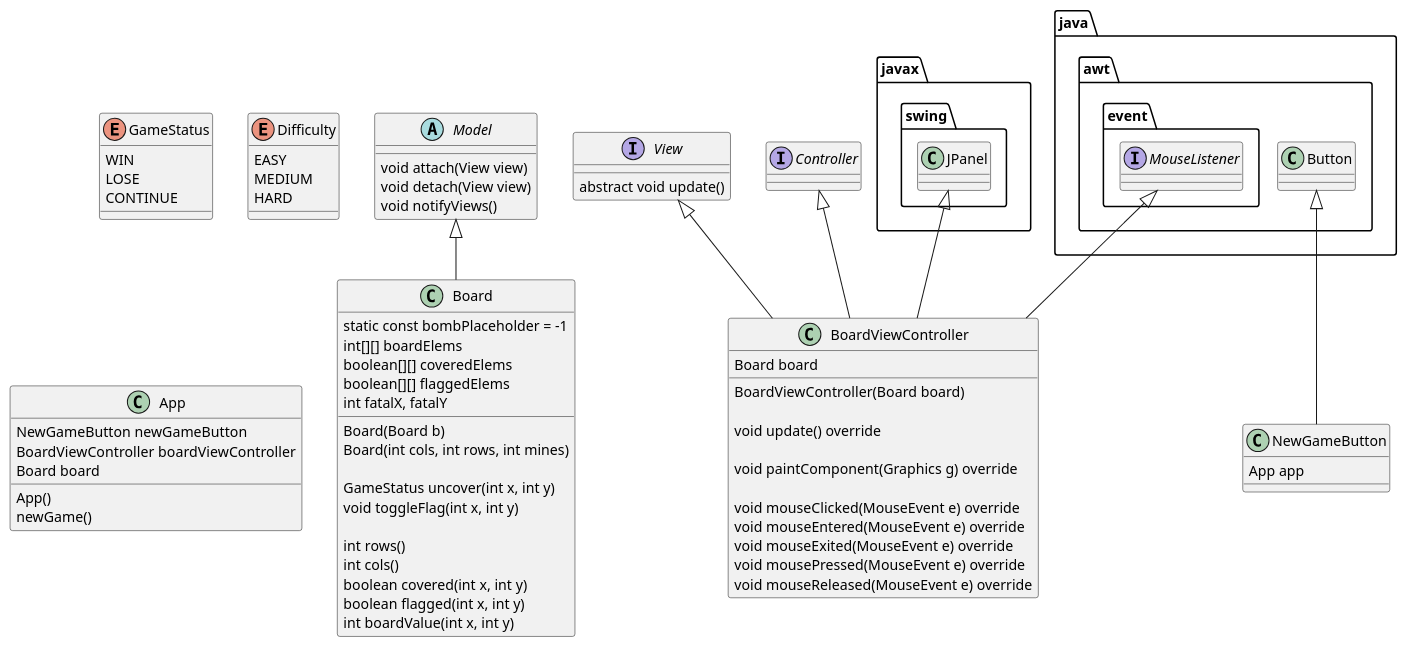
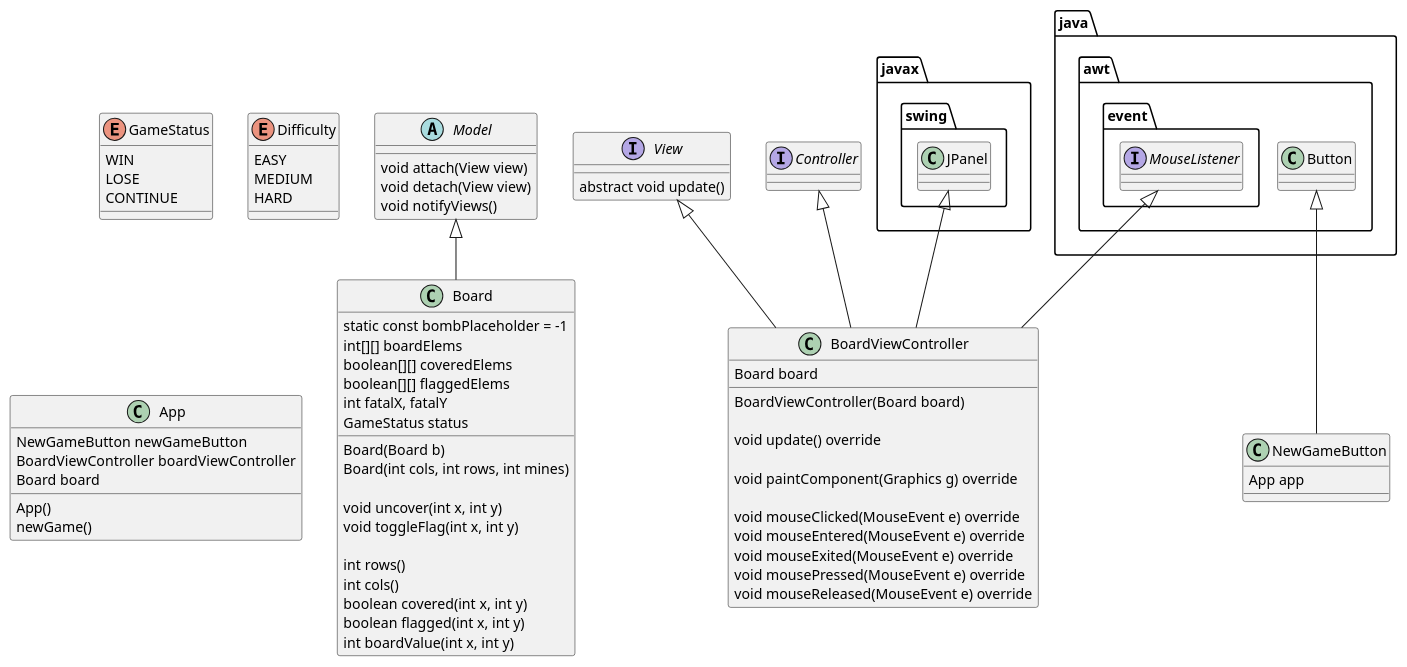
One commit to MarkMizzi/minesweeper changed the diagram in design/minesweeper.plantuml. Above: the diagram before and after it, drawn with PlantUML. The commit also changed 2 other files, not shown here.

Commit message:
[task2] introduced Board.status variable, tweak uncover signature

```diff
--- a/design/minesweeper.plantuml
+++ b/design/minesweeper.plantuml
@@ -1,87 +1,88 @@
 @startuml
 
 abstract class Model {
     void attach(View view)
     void detach(View view)
     void notifyViews()
 }
 
 class Board {
 
     static const bombPlaceholder = -1
     int[][] boardElems
     boolean[][] coveredElems
     boolean[][] flaggedElems
     int fatalX, fatalY
+    GameStatus status
 
     Board(Board b)
     Board(int cols, int rows, int mines)
 
-    GameStatus uncover(int x, int y)
+    void uncover(int x, int y)
     void toggleFlag(int x, int y)
 
     int rows()
     int cols()
     boolean covered(int x, int y)
     boolean flagged(int x, int y)
     int boardValue(int x, int y)
 }
 
 enum GameStatus {
     WIN
     LOSE
     CONTINUE
 }
 
 enum Difficulty {
     EASY
     MEDIUM
     HARD
 }
 
 class BoardViewController {
     Board board
 
     BoardViewController(Board board)
 
     void update() override
 
     void paintComponent(Graphics g) override
 
     void mouseClicked(MouseEvent e) override
     void mouseEntered(MouseEvent e) override
     void mouseExited(MouseEvent e) override
     void mousePressed(MouseEvent e) override
     void mouseReleased(MouseEvent e) override
 }
 
 interface View {
     abstract void update()
 }
 
 class NewGameButton {
     App app
 }
 
 class App {
     NewGameButton newGameButton
     BoardViewController boardViewController
     Board board
 
     App()
     newGame()
 }
 
 interface java.awt.event.MouseListener
 class javax.swing.JPanel
 
 interface Controller
 
 Model <|-- Board
 Controller <|-- BoardViewController
 View <|-- BoardViewController
 java.awt.event.MouseListener <|-- BoardViewController
 javax.swing.JPanel <|-- BoardViewController
 java.awt.Button <|-- NewGameButton
 
 @enduml
```
